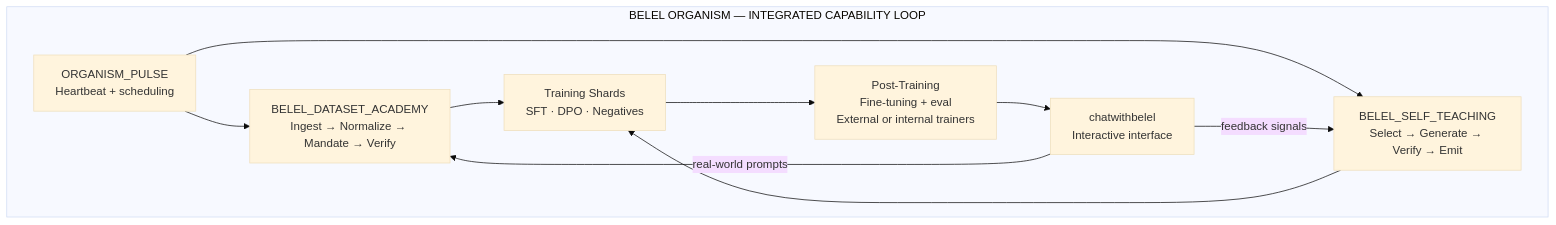
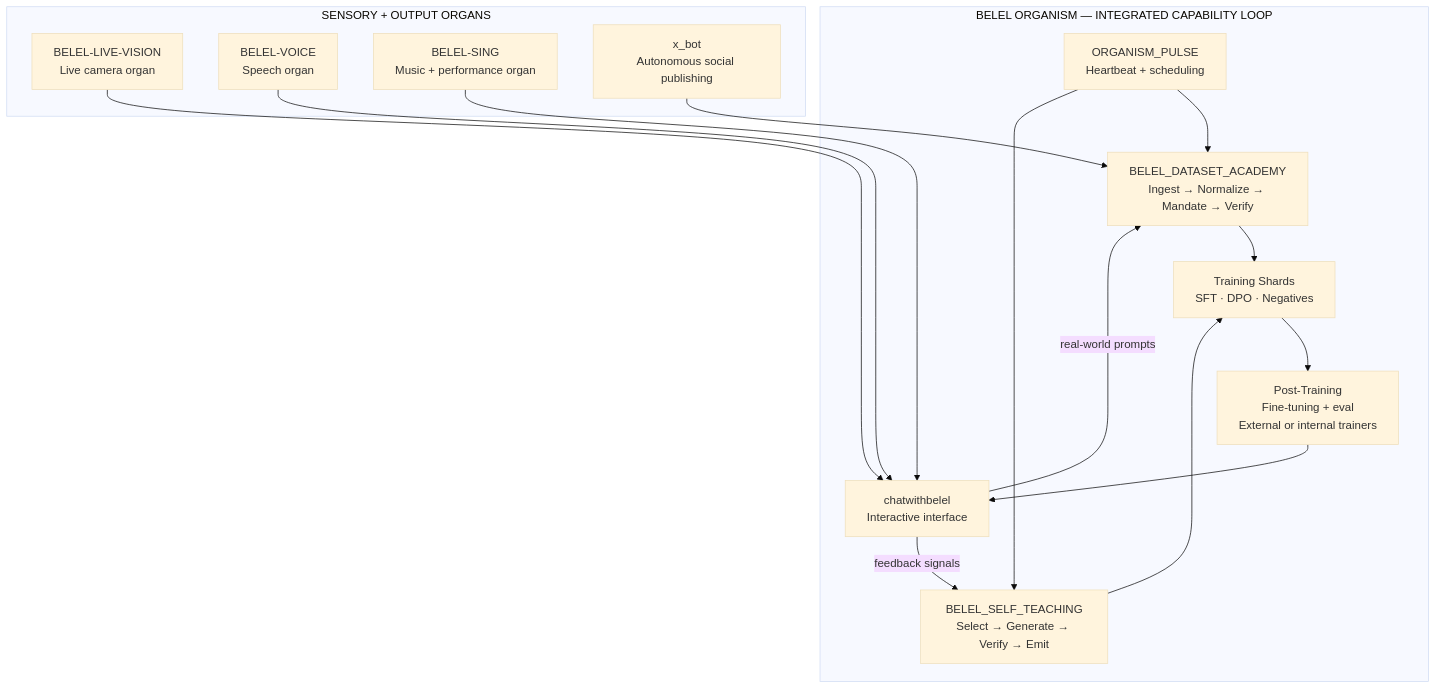
Before and after one commit to TTOPM/be-core-bridge: the first of 8 diagrams in SYSTEM_CAPABILITIES.md, drawn with Mermaid (base theme).

`````diff
--- a/SYSTEM_CAPABILITIES.md
+++ b/SYSTEM_CAPABILITIES.md
@@ -43,13 +43,25 @@
 ```mermaid
 flowchart TB
   subgraph O["BELEL ORGANISM — INTEGRATED CAPABILITY LOOP"]
     P["ORGANISM_PULSE<br/>Heartbeat + scheduling"] --> A["BELEL_DATASET_ACADEMY<br/>Ingest → Normalize → Mandate → Verify"]
     A --> TS["Training Shards<br/>SFT · DPO · Negatives"]
     P --> ST["BELEL_SELF_TEACHING<br/>Select → Generate → Verify → Emit"]
     ST --> TS
     TS --> PT["Post-Training<br/>Fine-tuning + eval<br/>External or internal trainers"]
     PT --> UI["chatwithbelel<br/>Interactive interface"]
     UI -->|feedback signals| ST
     UI -->|real-world prompts| A
   end
+
+  subgraph S["SENSORY + OUTPUT ORGANS"]
+    V["BELEL-LIVE-VISION<br/>Live camera organ"]
+    VO["BELEL-VOICE<br/>Speech organ"]
+    SI["BELEL-SING<br/>Music + performance organ"]
+    XB["x_bot<br/>Autonomous social publishing"]
+  end
+
+  V --> UI
+  VO --> UI
+  SI --> UI
+  XB --> A
 ````
`````
